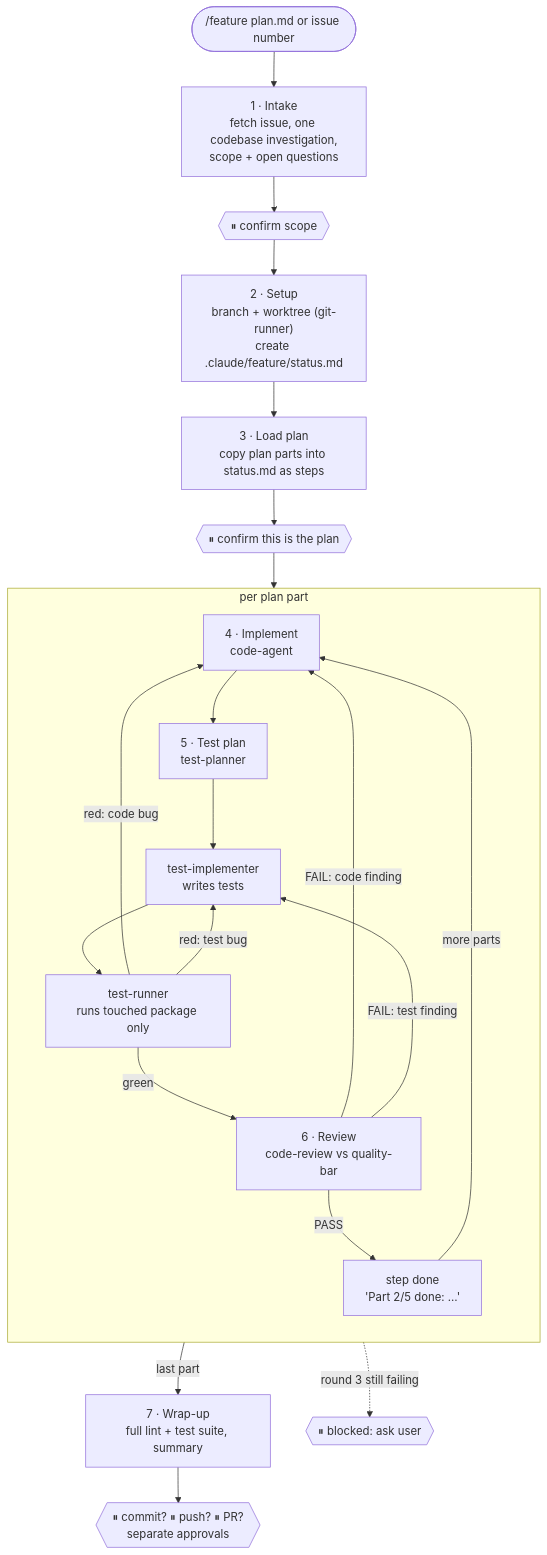
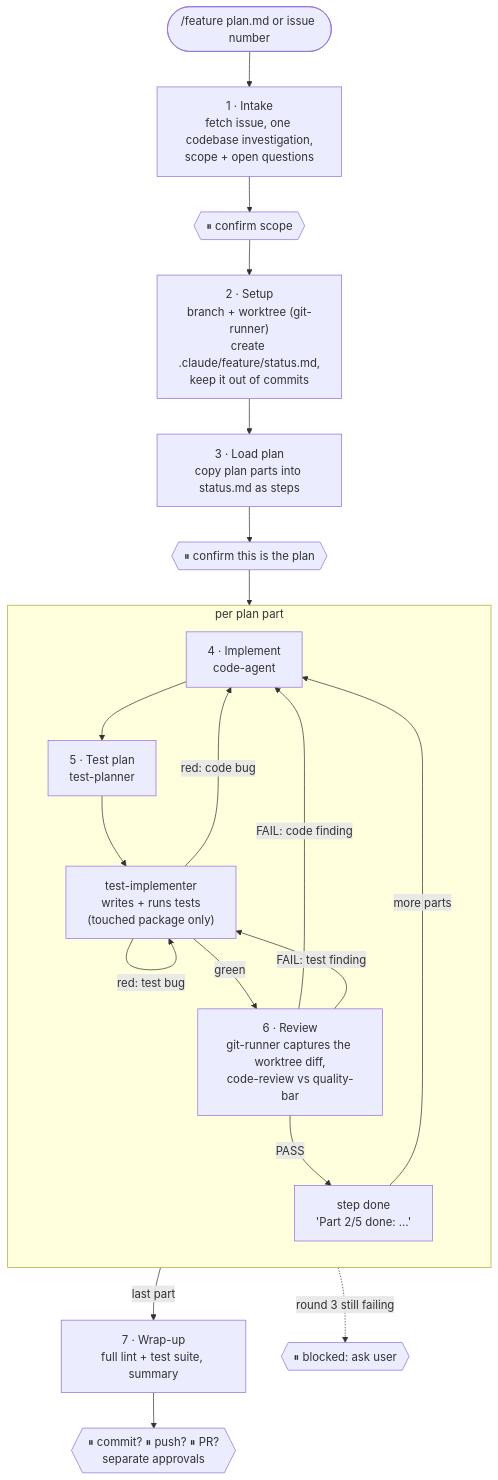
Before and after one commit to mxrpr/dev-pipeline-kit: the diagram in docs/feature.md, drawn with Mermaid. The commit also changed other lines of this file and 7 other files, not shown here.

First line of the commit message:
fix(pipelines): close review and test gaps in /dev-pipeline and /feature

````diff
--- a/docs/feature.md
+++ b/docs/feature.md
@@ -35,27 +35,26 @@
 ```mermaid
 flowchart TD
     IN(["/feature plan.md or issue number"]) --> P1
     P1["1 · Intake<br/>fetch issue, one codebase investigation,<br/>scope + open questions"] --> G1{{⏸ confirm scope}}
-    G1 --> P2["2 · Setup<br/>branch + worktree (git-runner)<br/>create .claude/feature/status.md"]
+    G1 --> P2["2 · Setup<br/>branch + worktree (git-runner)<br/>create .claude/feature/status.md,<br/>keep it out of commits"]
     P2 --> P3["3 · Load plan<br/>copy plan parts into status.md as steps"]
     P3 --> G2{{⏸ confirm this is the plan}}
     G2 --> LOOP
 
     subgraph LOOP [" per plan part "]
         direction TB
         P4["4 · Implement<br/>code-agent"] --> P5a["5 · Test plan<br/>test-planner"]
-        P5a --> P5b["test-implementer<br/>writes tests"]
-        P5b --> P5c["test-runner<br/>runs touched package only"]
-        P5c -->|green| P6["6 · Review<br/>code-review vs quality-bar"]
-        P5c -->|red: code bug| P4
-        P5c -->|red: test bug| P5b
+        P5a --> P5b["test-implementer<br/>writes + runs tests<br/>(touched package only)"]
+        P5b -->|green| P6["6 · Review<br/>git-runner captures the worktree diff,<br/>code-review vs quality-bar"]
+        P5b -->|red: code bug| P4
+        P5b -->|red: test bug| P5b
         P6 -->|"FAIL: code finding"| P4
         P6 -->|"FAIL: test finding"| P5b
         P6 -->|PASS| DONE["step done<br/>'Part 2/5 done: …'"]
     end
 
     DONE -->|more parts| P4
     DONE -->|last part| P7["7 · Wrap-up<br/>full lint + test suite, summary"]
     P7 --> G3{{⏸ commit? ⏸ push? ⏸ PR?<br/>separate approvals}}
     LOOP -. "round 3 still failing" .-> BL{{⏸ blocked: ask user}}
 ```
````
